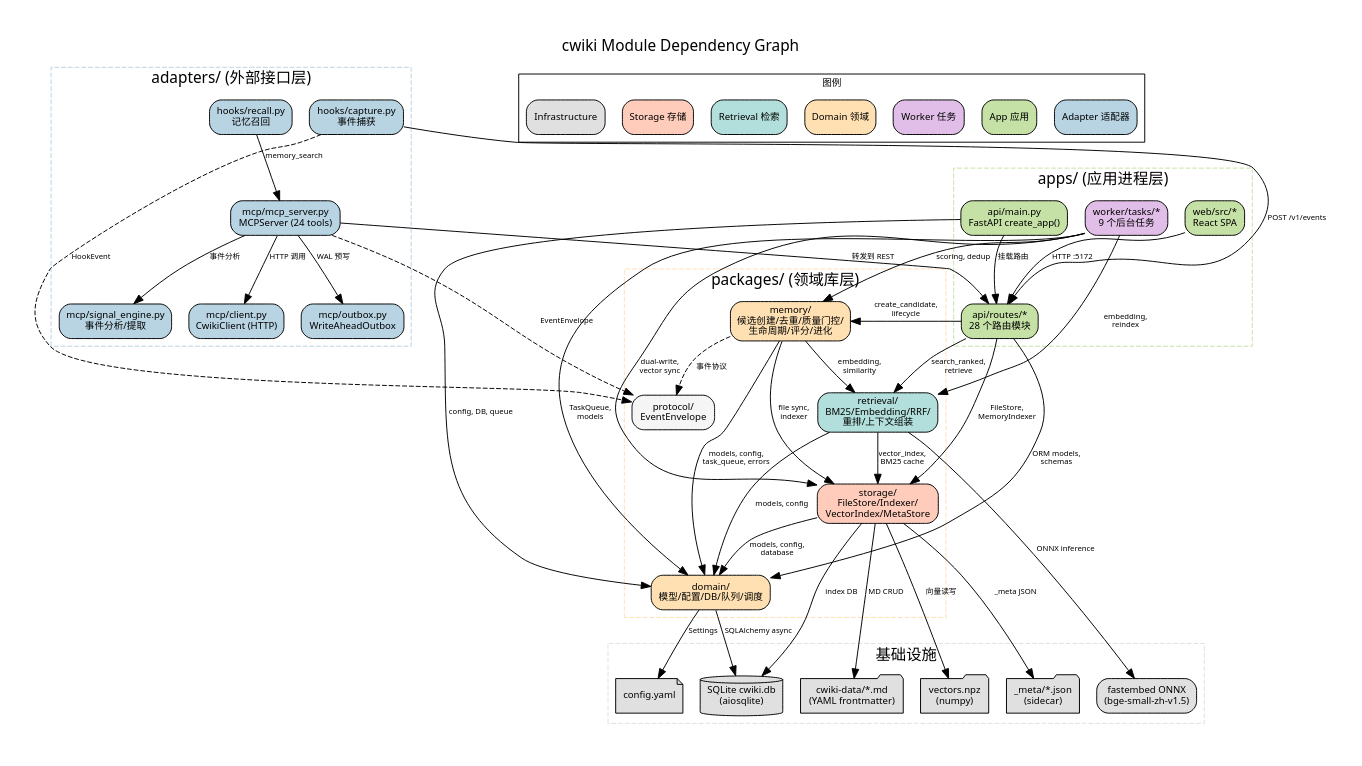
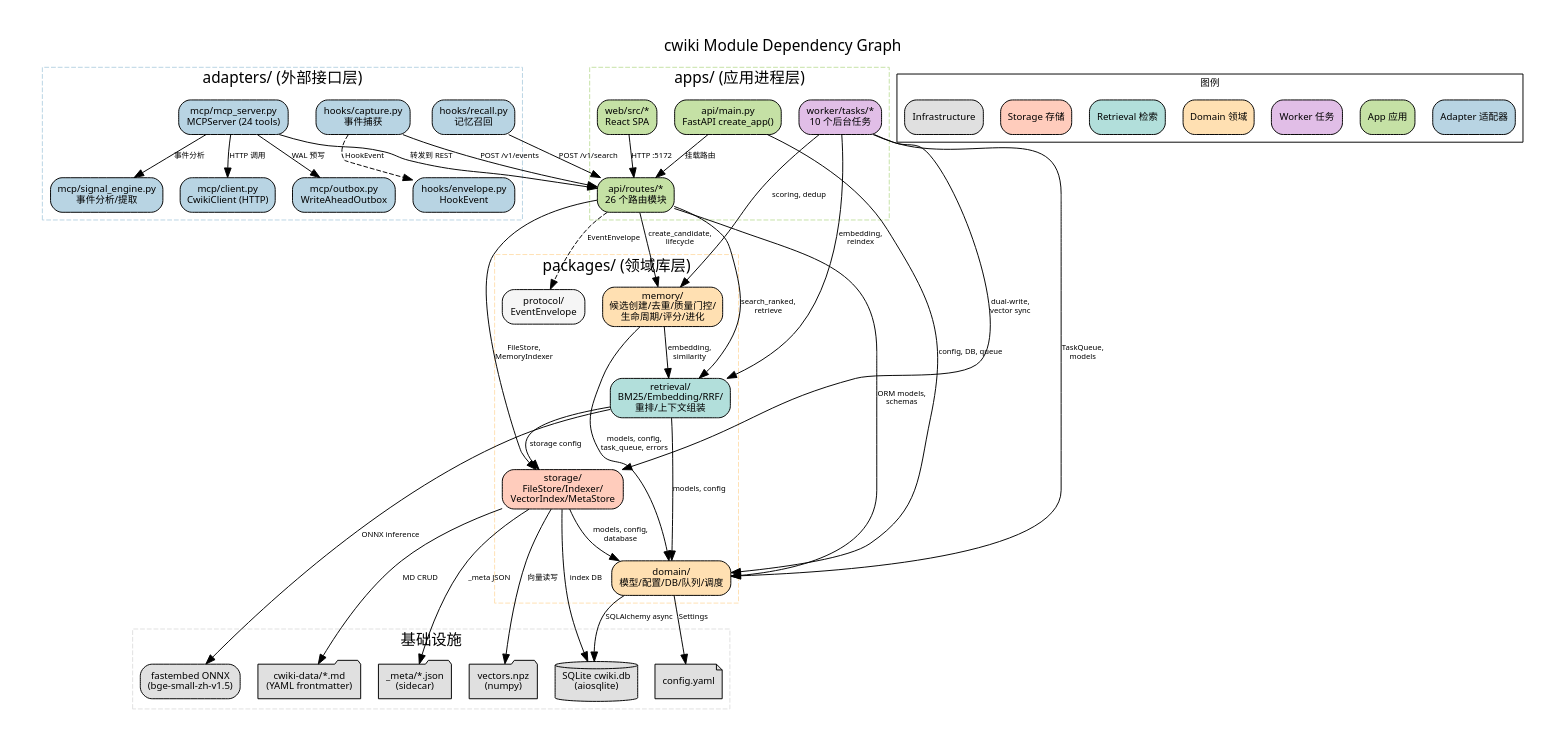
Before and after one commit to Chance-Wu/cwiki: the diagram in docs/architecture/dependency-graph.dot, drawn with Graphviz. The commit also changed 25 other files, not shown here.

```diff
--- a/docs/architecture/dependency-graph.dot
+++ b/docs/architecture/dependency-graph.dot
@@ -1,124 +1,123 @@
 // cwiki Module Dependency Graph
 // Audience: developers assessing change impact and coupling
 // Scope: packages/, apps/, adapters/ internal dependencies
 // Evidence: imports across all Python modules, pyproject.toml
 // Skill: dependency-impact-analyzer + graphviz
 
 digraph cwiki_dependencies {
     rankdir=TB
     node [shape=box, style="rounded,filled", fontname="Segoe UI", fontsize=10]
     edge [fontname="Segoe UI", fontsize=8, color="#666"]
     graph [fontname="Segoe UI", fontsize=13, label="cwiki Module Dependency Graph", labelloc=t, fontsize=16, pad=0.4]
 
     // ===== LAYER: Adapters (External Interface) =====
     subgraph cluster_adapters {
         label="adapters/ (外部接口层)"
         style=dashed
         color="#B8D4E3"
 
         mcp_server [label="mcp/mcp_server.py\nMCPServer (24 tools)", fillcolor="#B8D4E3"]
         mcp_client [label="mcp/client.py\nCwikiClient (HTTP)", fillcolor="#B8D4E3"]
         mcp_outbox [label="mcp/outbox.py\nWriteAheadOutbox", fillcolor="#B8D4E3"]
         mcp_signal [label="mcp/signal_engine.py\n事件分析/提取", fillcolor="#B8D4E3"]
         hook_capture [label="hooks/capture.py\n事件捕获", fillcolor="#B8D4E3"]
         hook_recall [label="hooks/recall.py\n记忆召回", fillcolor="#B8D4E3"]
+        hook_envelope [label="hooks/envelope.py\nHookEvent", fillcolor="#B8D4E3"]
     }
 
     // ===== LAYER: Apps (Application Processes) =====
     subgraph cluster_apps {
         label="apps/ (应用进程层)"
         style=dashed
         color="#C5E1A5"
 
         api_main [label="api/main.py\nFastAPI create_app()", fillcolor="#C5E1A5"]
-        api_routes [label="api/routes/*\n28 个路由模块", fillcolor="#C5E1A5"]
-        worker_tasks [label="worker/tasks/*\n9 个后台任务", fillcolor="#E1BEE7"]
+        api_routes [label="api/routes/*\n26 个路由模块", fillcolor="#C5E1A5"]
+        worker_tasks [label="worker/tasks/*\n10 个后台任务", fillcolor="#E1BEE7"]
         web_ui [label="web/src/*\nReact SPA", fillcolor="#C5E1A5"]
     }
 
     // ===== LAYER: Packages (Domain Libraries) =====
     subgraph cluster_packages {
         label="packages/ (领域库层)"
         style=dashed
         color="#FFE0B2"
 
         pkg_domain [label="domain/\n模型/配置/DB/队列/调度", fillcolor="#FFE0B2"]
         pkg_memory [label="memory/\n候选创建/去重/质量门控/\n生命周期/评分/进化", fillcolor="#FFE0B2"]
         pkg_retrieval [label="retrieval/\nBM25/Embedding/RRF/\n重排/上下文组装", fillcolor="#B2DFDB"]
         pkg_storage [label="storage/\nFileStore/Indexer/\nVectorIndex/MetaStore", fillcolor="#FFCCBC"]
         pkg_protocol [label="protocol/\nEventEnvelope", fillcolor="#F5F5F5"]
     }
 
     // ===== LAYER: Infrastructure =====
     subgraph cluster_infra {
         label="基础设施"
         style=dashed
         color="#E0E0E0"
 
         sqlite [label="SQLite cwiki.db\n(aiosqlite)", fillcolor="#E0E0E0", shape=cylinder]
         npz [label="vectors.npz\n(numpy)", fillcolor="#E0E0E0", shape=folder]
         md_files [label="cwiki-data/*.md\n(YAML frontmatter)", fillcolor="#E0E0E0", shape=folder]
         meta_files [label="_meta/*.json\n(sidecar)", fillcolor="#E0E0E0", shape=folder]
         fastembed [label="fastembed ONNX\n(bge-small-zh-v1.5)", fillcolor="#E0E0E0"]
         config_yaml [label="config.yaml", fillcolor="#E0E0E0", shape=note]
     }
 
     // ===== Adapter Dependencies =====
     mcp_server -> mcp_client [label="HTTP 调用"]
     mcp_server -> mcp_outbox [label="WAL 预写"]
     mcp_server -> mcp_signal [label="事件分析"]
     mcp_server -> api_routes [label="转发到 REST"]
     hook_capture -> api_routes [label="POST /v1/events"]
-    hook_recall -> mcp_server [label="memory_search"]
+    hook_recall -> api_routes [label="POST /v1/search"]
 
     // ===== App Dependencies =====
     api_main -> api_routes [label="挂载路由"]
     api_main -> pkg_domain [label="config, DB, queue"]
     api_routes -> pkg_memory [label="create_candidate,\nlifecycle"]
     api_routes -> pkg_retrieval [label="search_ranked,\nretrieve"]
     api_routes -> pkg_storage [label="FileStore,\nMemoryIndexer"]
     api_routes -> pkg_domain [label="ORM models,\nschemas"]
     worker_tasks -> pkg_memory [label="scoring, dedup"]
     worker_tasks -> pkg_retrieval [label="embedding,\nreindex"]
     worker_tasks -> pkg_storage [label="dual-write,\nvector sync"]
     worker_tasks -> pkg_domain [label="TaskQueue,\nmodels"]
     web_ui -> api_routes [label="HTTP :5172"]
 
     // ===== Package Dependencies =====
     pkg_memory -> pkg_domain [label="models, config,\ntask_queue, errors"]
     pkg_memory -> pkg_retrieval [label="embedding,\nsimilarity"]
-    pkg_memory -> pkg_storage [label="file sync,\nindexer"]
     pkg_retrieval -> pkg_domain [label="models, config"]
-    pkg_retrieval -> pkg_storage [label="vector_index,\nBM25 cache"]
+    pkg_retrieval -> pkg_storage [label="storage config"]
     pkg_storage -> pkg_domain [label="models, config,\ndatabase"]
 
     // ===== Infrastructure Dependencies =====
     pkg_domain -> sqlite [label="SQLAlchemy async"]
     pkg_domain -> config_yaml [label="Settings"]
     pkg_storage -> sqlite [label="index DB"]
     pkg_storage -> npz [label="向量读写"]
     pkg_storage -> md_files [label="MD CRUD"]
     pkg_storage -> meta_files [label="_meta JSON"]
     pkg_retrieval -> fastembed [label="ONNX inference"]
 
     // ===== Cross-cutting Concerns (dashed) =====
-    mcp_server -> pkg_protocol [label="EventEnvelope", style=dashed]
-    hook_capture -> pkg_protocol [label="HookEvent", style=dashed]
-    pkg_memory -> pkg_protocol [label="事件协议", style=dashed, color="#999"]
+    hook_capture -> hook_envelope [label="HookEvent", style=dashed]
+    api_routes -> pkg_protocol [label="EventEnvelope", style=dashed]
 
     // ===== Legend =====
     subgraph cluster_legend {
         label="图例"
         style=solid
         color="#999"
         fontsize=10
 
         legend_adapter [label="Adapter 适配器", fillcolor="#B8D4E3"]
         legend_app [label="App 应用", fillcolor="#C5E1A5"]
         legend_worker [label="Worker 任务", fillcolor="#E1BEE7"]
         legend_domain [label="Domain 领域", fillcolor="#FFE0B2"]
         legend_retrieval [label="Retrieval 检索", fillcolor="#B2DFDB"]
         legend_storage [label="Storage 存储", fillcolor="#FFCCBC"]
         legend_infra [label="Infrastructure", fillcolor="#E0E0E0"]
     }
 }
```
